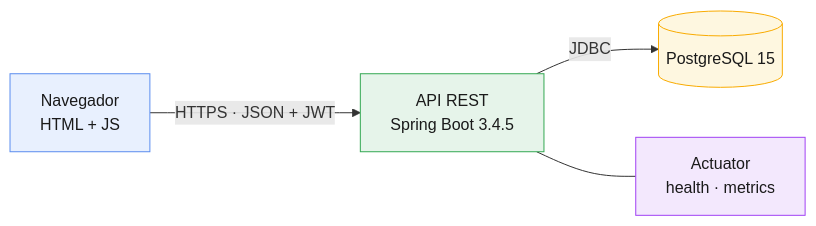
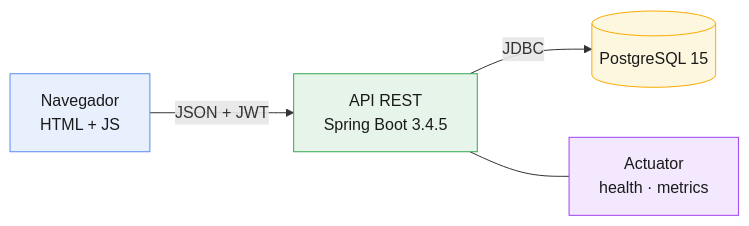
One commit to ariancerna/cineclub-salamanca-app changed the first of 6 diagrams in docs/ARQUITECTURA.md. Above: the diagram before and after it, drawn with Mermaid. The commit also changed other lines of this file and 29 other files, not shown here.

````diff
--- a/docs/ARQUITECTURA.md
+++ b/docs/ARQUITECTURA.md
@@ -15,16 +12,16 @@
 ```mermaid
 flowchart LR
     Nav["Navegador<br/>HTML + JS"]
     Api["API REST<br/>Spring Boot 3.4.5"]
     Db[("PostgreSQL 15")]
     Mon["Actuator<br/>health · metrics"]
 
-    Nav -->|"HTTPS · JSON + JWT"| Api
+    Nav -->|"JSON + JWT"| Api
     Api -->|JDBC| Db
     Api --- Mon
 
     style Nav fill:#e8f0fe,stroke:#5b8def,color:#1a1a1a
     style Api fill:#e6f4ea,stroke:#34a853,color:#1a1a1a
     style Db fill:#fef7e0,stroke:#f9ab00,color:#1a1a1a
     style Mon fill:#f3e8fd,stroke:#a142f4,color:#1a1a1a
 ```
````
